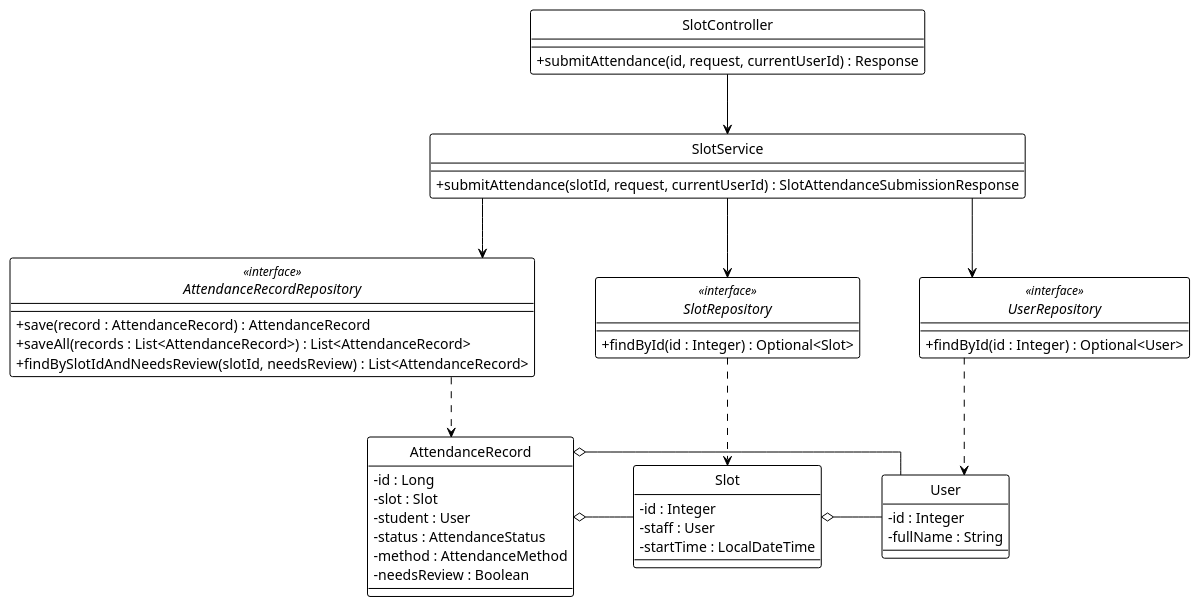
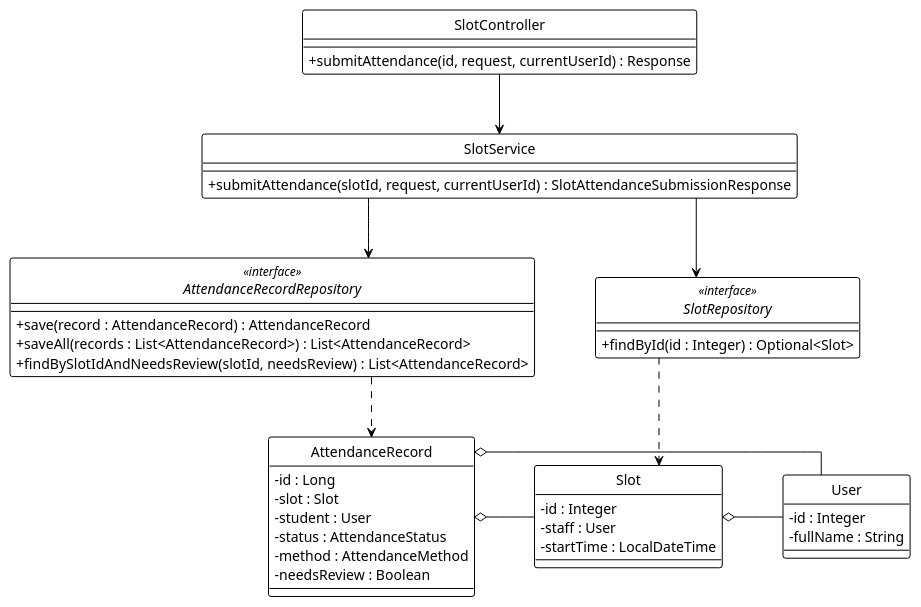
One commit to Ndh474/context changed the diagram in system_detailed_design/68_update_student_attendance_status/class_diagram_update_student_attendance_status.puml. Above: the diagram before and after it, drawn with PlantUML. The commit also changed 12 other files, not shown here.

```diff
--- a/system_detailed_design/68_update_student_attendance_status/class_diagram_update_student_attendance_status.puml
+++ b/system_detailed_design/68_update_student_attendance_status/class_diagram_update_student_attendance_status.puml
@@ -1,73 +1,67 @@
 @startuml update_student_attendance_status
 !theme plain
 hide circle
 skinparam classAttributeIconSize 0
 
 ' --- CẤU HÌNH "ORTHO" (BẮT BUỘC) ---
 skinparam linetype ortho
 skinparam nodesep 60
 skinparam ranksep 60
 
 ' --- CONTROLLER ---
 class SlotController {
   + submitAttendance(id, request, currentUserId) : Response
 }
 
 ' --- SERVICE ---
 class SlotService {
   + submitAttendance(slotId, request, currentUserId) : SlotAttendanceSubmissionResponse
 }
 
 ' --- REPOSITORY ---
 interface SlotRepository <<interface>> {
   + findById(id : Integer) : Optional<Slot>
 }
 
 interface AttendanceRecordRepository <<interface>> {
   + save(record : AttendanceRecord) : AttendanceRecord
   + saveAll(records : List<AttendanceRecord>) : List<AttendanceRecord>
   + findBySlotIdAndNeedsReview(slotId, needsReview) : List<AttendanceRecord>
 }
 
-interface UserRepository <<interface>> {
-  + findById(id : Integer) : Optional<User>
-}
-
 ' --- ENTITIES ---
 class Slot {
   - id : Integer
   - staff : User
   - startTime : LocalDateTime
 }
 
 class AttendanceRecord {
   - id : Long
   - slot : Slot
   - student : User
   - status : AttendanceStatus
   - method : AttendanceMethod
   - needsReview : Boolean
 }
 
 class User {
   - id : Integer
   - fullName : String
 }
 
 ' --- DEPENDENCY INJECTION (Association) ---
 SlotController -down-> SlotService
 SlotService -down-> SlotRepository
 SlotService -down-> AttendanceRecordRepository
-SlotService -down-> UserRepository
 
 ' --- REPOSITORY USAGE (Dependency) ---
 SlotRepository .down.> Slot
 AttendanceRecordRepository .down.> AttendanceRecord
-UserRepository .down.> User
 
 ' --- ENTITY RELATIONSHIPS (Aggregation) ---
 AttendanceRecord o-right- Slot
 AttendanceRecord o-right- User
 Slot o-right- User
 
 @enduml
```
